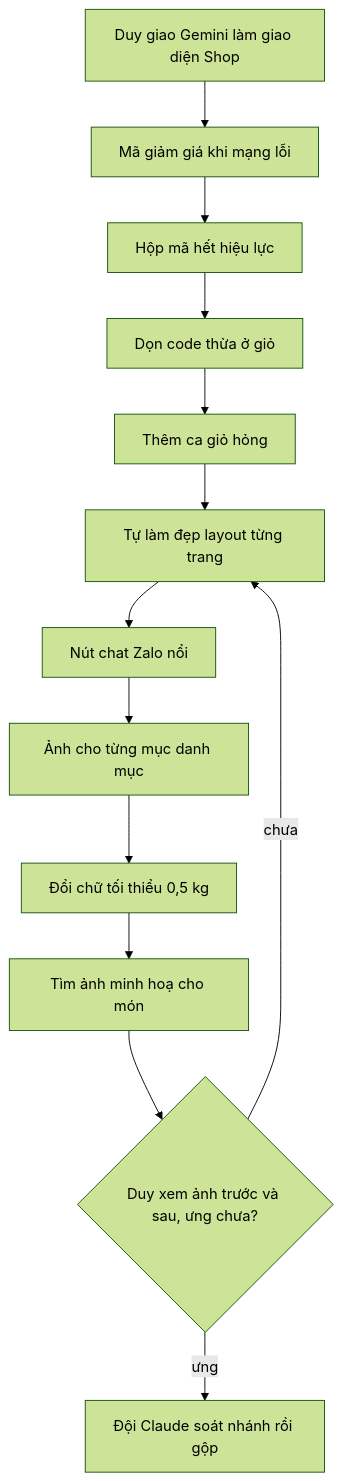
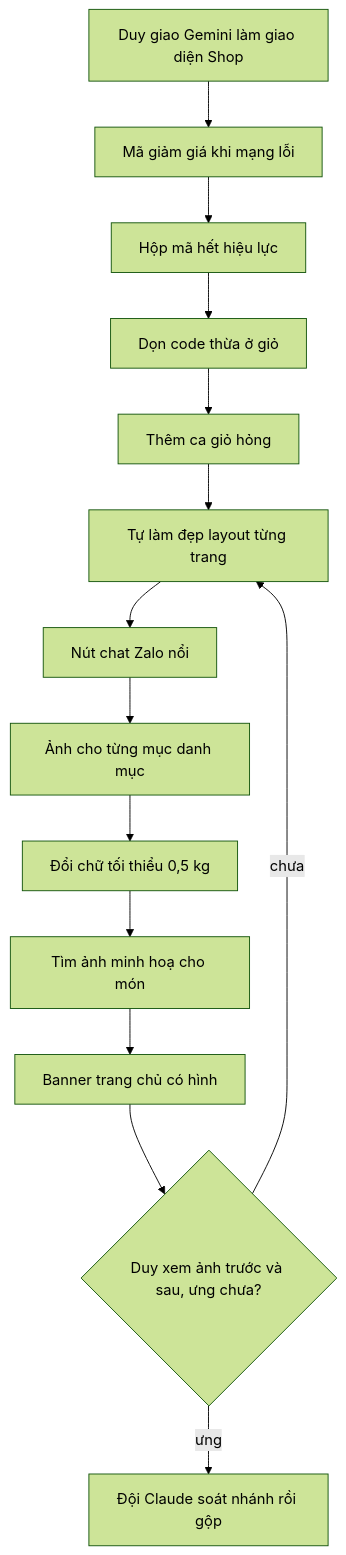
Before and after one commit to DuyduyFedev46/fish: the diagram in doc/features/2026-11-11-shop-ui-gemini/02c-giao-viec.md, drawn with Mermaid (forest theme). The commit also changed other lines of this file, not shown here.

Commit message:
doc: giao Gemini GUI-10 banner trang chủ có hình (Duy 14/11)

````diff
--- a/doc/features/2026-11-11-shop-ui-gemini/02c-giao-viec.md
+++ b/doc/features/2026-11-11-shop-ui-gemini/02c-giao-viec.md
@@ -3,15 +3,16 @@
 ```mermaid
 flowchart TD
   A["Duy giao Gemini làm giao diện Shop"] --> V1["Mã giảm giá khi mạng lỗi"]
   V1 --> V2["Hộp mã hết hiệu lực"]
   V2 --> V3["Dọn code thừa ở giỏ"]
   V3 --> V4["Thêm ca giỏ hỏng"]
   V4 --> V5["Tự làm đẹp layout từng trang"]
   V5 --> V6["Nút chat Zalo nổi"]
   V6 --> V7["Ảnh cho từng mục danh mục"]
   V7 --> V8["Đổi chữ tối thiểu 0,5 kg"]
   V8 --> V9["Tìm ảnh minh hoạ cho món"]
-  V9 --> D{"Duy xem ảnh trước và sau, ưng chưa?"}
+  V9 --> V10["Banner trang chủ có hình"]
+  V10 --> D{"Duy xem ảnh trước và sau, ưng chưa?"}
   D -- "chưa" --> V5
   D -- "ưng" --> R["Đội Claude soát nhánh rồi gộp"]
 ```
````
